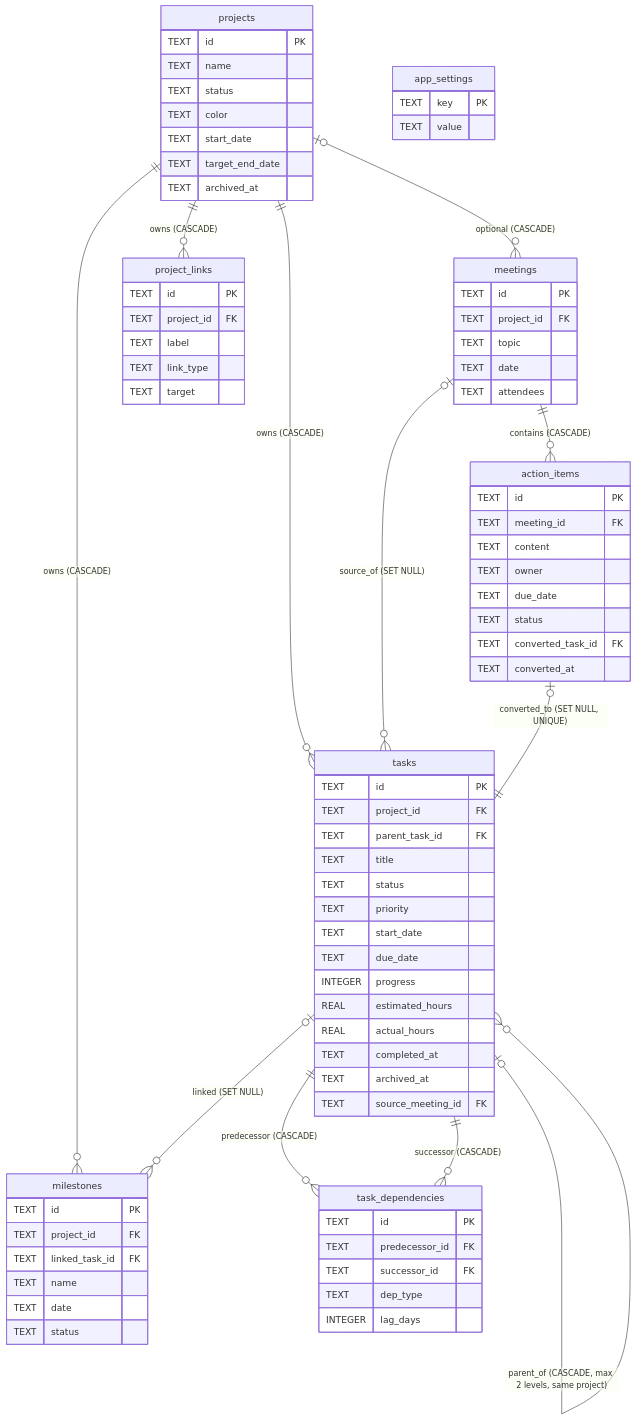
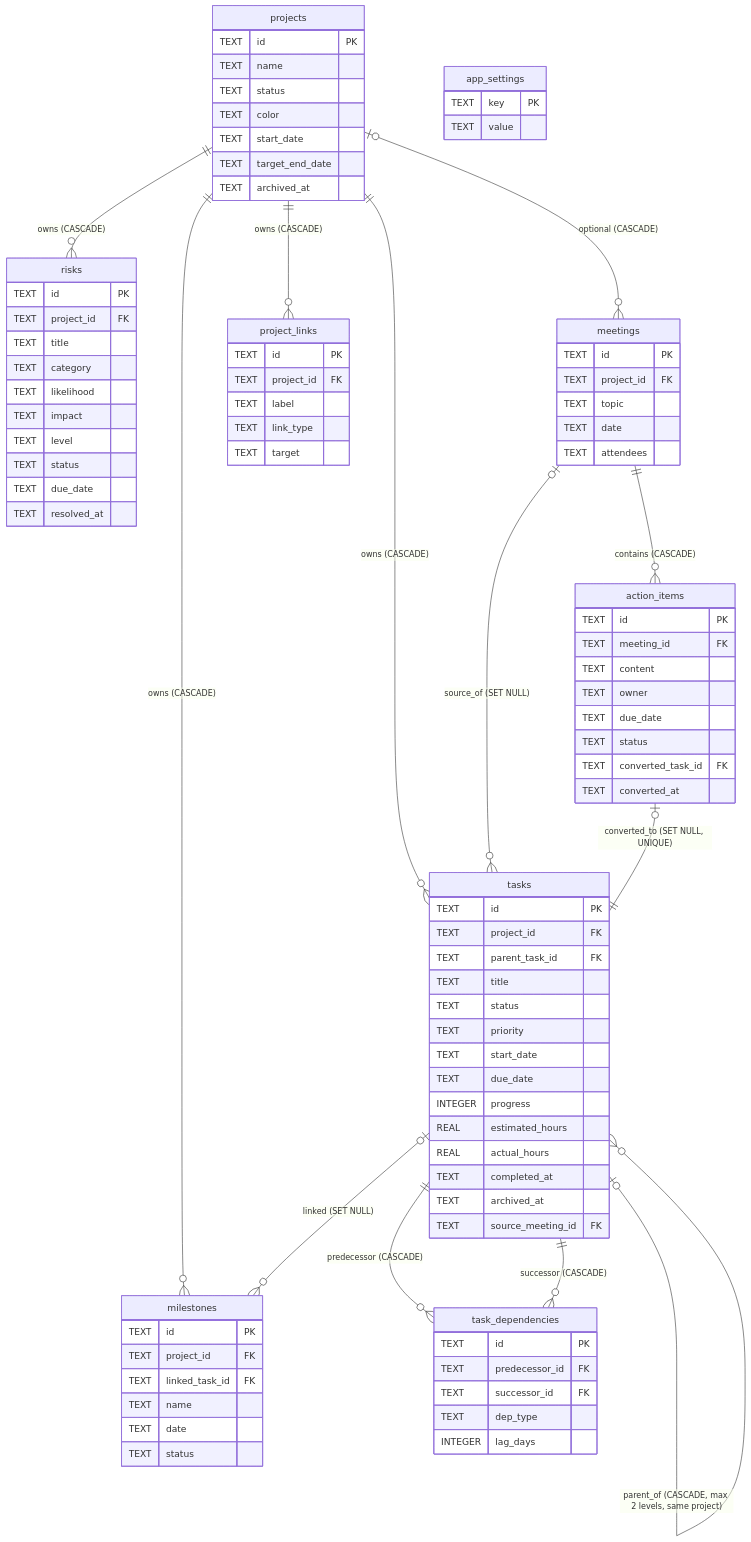
Before and after one commit to RuninL/ProjectPilot: the diagram in docs/database-schema.md, drawn with Mermaid. The commit also changed other lines of this file and 21 other files, not shown here.

```diff
--- a/docs/database-schema.md
+++ b/docs/database-schema.md
@@ -249,6 +265,7 @@
 erDiagram
   projects ||--o{ tasks : "owns (CASCADE)"
   projects ||--o{ milestones : "owns (CASCADE)"
+  projects ||--o{ risks : "owns (CASCADE)"
   projects |o--o{ meetings : "optional (CASCADE)"
   projects ||--o{ project_links : "owns (CASCADE)"
   tasks |o--o{ tasks : "parent_of (CASCADE, max 2 levels, same project)"
@@ -299,6 +316,18 @@
     TEXT date
     TEXT status
   }
+  risks {
+    TEXT id PK
+    TEXT project_id FK
+    TEXT title
+    TEXT category
+    TEXT likelihood
+    TEXT impact
+    TEXT level
+    TEXT status
+    TEXT due_date
+    TEXT resolved_at
+  }
   meetings {
     TEXT id PK
     TEXT project_id FK
```
